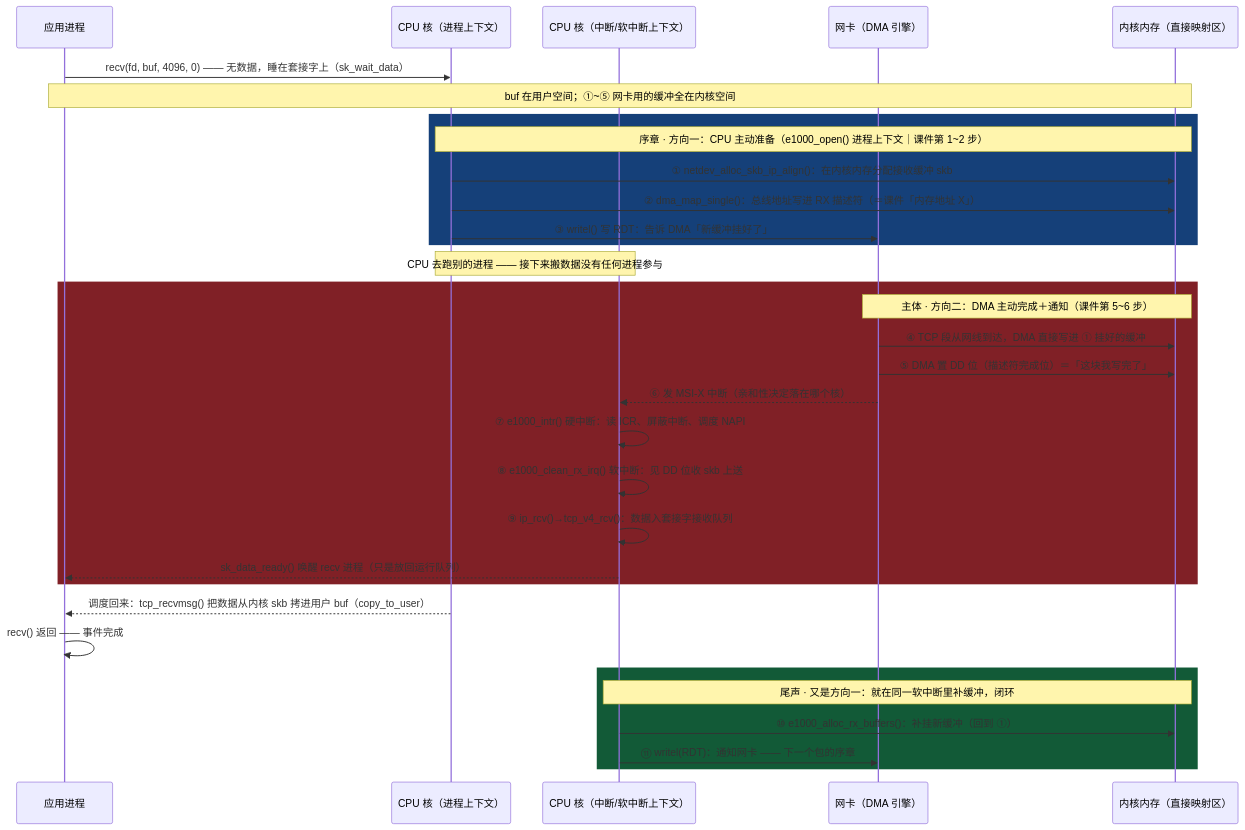
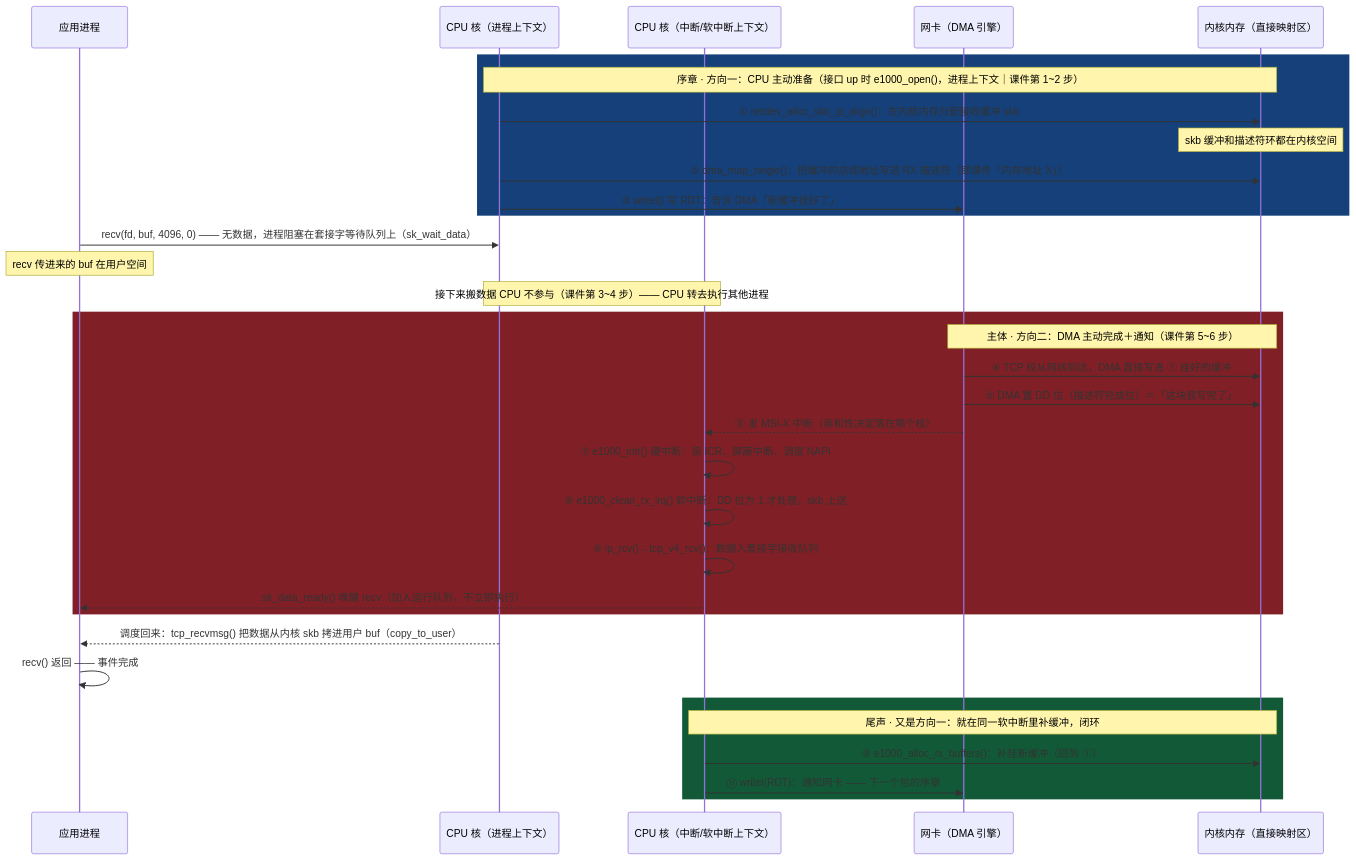
One commit to Berries-Wang/Berries-Kernel changed the diagram in 001.UNIX-DOCS/051.AI-ASSISANT/001.CPU与DMA双向交互(网络收包事件全流程).md. Above: the diagram before and after it, drawn with Mermaid. The commit also changed other lines of this file, not shown here.

````diff
--- a/001.UNIX-DOCS/051.AI-ASSISANT/001.CPU与DMA双向交互(网络收包事件全流程).md
+++ b/001.UNIX-DOCS/051.AI-ASSISANT/001.CPU与DMA双向交互(网络收包事件全流程).md
@@ -20,41 +24,42 @@
 ```mermaid
 %%{init: {"theme":"base","themeVariables":{"background":"#000000","fontFamily":"PingFang SC, Microsoft YaHei, sans-serif","actorBkg":"#1f2937","actorBorder":"#6b7280","actorTextColor":"#ffffff","actorLineColor":"#9ca3af","signalColor":"#ffffff","signalTextColor":"#ffffff","noteBkgColor":"#111827","noteTextColor":"#ffffff","noteBorderColor":"#6b7280","actorFontSize":"18px","messageFontSize":"17px","noteFontSize":"15px"},"sequence":{"messageMargin":42,"actorMargin":90},"themeCSS":"svg{background-color:#000000;}"}%%
 sequenceDiagram
     participant P as 应用进程
     participant K as CPU 核（进程上下文）
     participant S as CPU 核（中断/软中断上下文）
     participant N as 网卡（DMA 引擎）
     participant M as 内核内存（直接映射区）
 
-    P->>K: recv(fd, buf, 4096, 0) —— 无数据，睡在套接字上（sk_wait_data）
-    Note over P,M: buf 在用户空间；①~⑤ 网卡用的缓冲全在内核空间
-
     rect rgb(21,64,121)
-        Note over K,M: 序章 · 方向一：CPU 主动准备（e1000_open() 进程上下文｜课件第 1~2 步）
+        Note over K,M: 序章 · 方向一：CPU 主动准备（接口 up 时 e1000_open()，进程上下文｜课件第 1~2 步）
         K->>M: ① netdev_alloc_skb_ip_align()：在内核内存分配接收缓冲 skb
-        K->>M: ② dma_map_single()：总线地址写进 RX 描述符（＝课件「内存地址 X」）
+        Note over M: skb 缓冲和描述符环都在内核空间
+        K->>M: ② dma_map_single()：把缓冲的总线地址写进 RX 描述符（即课件「内存地址 X」）
         K->>N: ③ writel() 写 RDT：告诉 DMA「新缓冲挂好了」
     end
 
-    Note over K,S: CPU 去跑别的进程 —— 接下来搬数据没有任何进程参与
+    P->>K: recv(fd, buf, 4096, 0) —— 无数据，进程阻塞在套接字等待队列上（sk_wait_data）
+    Note over P: recv 传进来的 buf 在用户空间
+
+    Note over K,S: 接下来搬数据 CPU 不参与（课件第 3~4 步）—— CPU 转去执行其他进程
 
     rect rgb(128,32,38)
         Note over N,M: 主体 · 方向二：DMA 主动完成＋通知（课件第 5~6 步）
         N->>M: ④ TCP 段从网线到达，DMA 直接写进 ① 挂好的缓冲
         N->>M: ⑤ DMA 置 DD 位（描述符完成位）＝「这块我写完了」
         N-->>S: ⑥ 发 MSI-X 中断（亲和性决定落在哪个核）
         S->>S: ⑦ e1000_intr() 硬中断：读 ICR、屏蔽中断、调度 NAPI
-        S->>S: ⑧ e1000_clean_rx_irq() 软中断：见 DD 位收 skb 上送
+        S->>S: ⑧ e1000_clean_rx_irq() 软中断：DD 位为 1 才处理，skb 上送
         S->>S: ⑨ ip_rcv()→tcp_v4_rcv()：数据入套接字接收队列
-        S-->>P: sk_data_ready() 唤醒 recv 进程（只是放回运行队列）
+        S-->>P: sk_data_ready() 唤醒 recv（加入运行队列，不立即执行）
     end
 
     K-->>P: 调度回来：tcp_recvmsg() 把数据从内核 skb 拷进用户 buf（copy_to_user）
     P->>P: recv() 返回 —— 事件完成
 
     rect rgb(18,90,55)
         Note over S,M: 尾声 · 又是方向一：就在同一软中断里补缓冲，闭环
         S->>M: ⑩ e1000_alloc_rx_buffers()：补挂新缓冲（回到 ①）
         S->>N: ⑪ writel(RDT)：通知网卡 —— 下一个包的序章
     end
 ```
````
